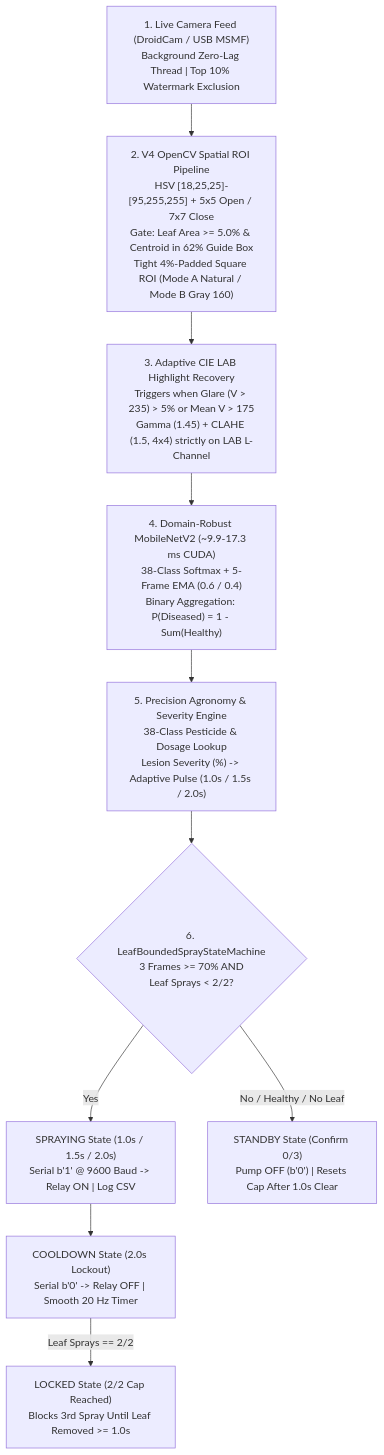
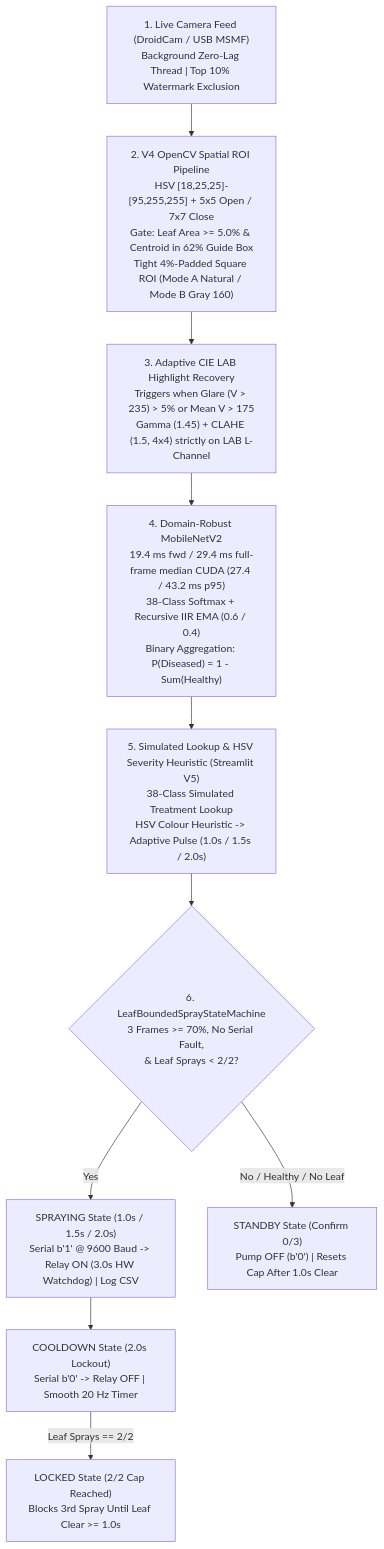
One commit to Navnith-7/intelligent-pesticide-sprinkling-system changed the diagram in README.md. Above: the diagram before and after it, drawn with Mermaid. The commit also changed other lines of this file and 14 other files, not shown here.

Commit message:
audit(v5): add Stage-3 held-out test & CUDA latency benchmarks, Arduino 3s watchdog, serial fault guard, and verified README

````diff
--- a/README.md
+++ b/README.md
@@ -56,12 +56,12 @@
 ```mermaid
 flowchart TD
     A["1. Live Camera Feed (DroidCam / USB MSMF)<br/>Background Zero-Lag Thread | Top 10% Watermark Exclusion"] --> B["2. V4 OpenCV Spatial ROI Pipeline<br/>HSV [18,25,25]-[95,255,255] + 5x5 Open / 7x7 Close<br/>Gate: Leaf Area >= 5.0% & Centroid in 62% Guide Box<br/>Tight 4%-Padded Square ROI (Mode A Natural / Mode B Gray 160)"]
     B --> C["3. Adaptive CIE LAB Highlight Recovery<br/>Triggers when Glare (V > 235) > 5% or Mean V > 175<br/>Gamma (1.45) + CLAHE (1.5, 4x4) strictly on LAB L-Channel"]
-    C --> D["4. Domain-Robust MobileNetV2 (~9.9-17.3 ms CUDA)<br/>38-Class Softmax + 5-Frame EMA (0.6 / 0.4)<br/>Binary Aggregation: P(Diseased) = 1 - Sum(Healthy)"]
-    D --> E["5. Precision Agronomy & Severity Engine<br/>38-Class Pesticide & Dosage Lookup<br/>Lesion Severity (%) -> Adaptive Pulse (1.0s / 1.5s / 2.0s)"]
-    E --> F{"6. LeafBoundedSprayStateMachine<br/>3 Frames >= 70% AND<br/>Leaf Sprays < 2/2?"}
-    F -- "Yes" --> G["SPRAYING State (1.0s / 1.5s / 2.0s)<br/>Serial b'1' @ 9600 Baud -> Relay ON | Log CSV"]
+    C --> D["4. Domain-Robust MobileNetV2<br/>19.4 ms fwd / 29.4 ms full-frame median CUDA (27.4 / 43.2 ms p95)<br/>38-Class Softmax + Recursive IIR EMA (0.6 / 0.4)<br/>Binary Aggregation: P(Diseased) = 1 - Sum(Healthy)"]
+    D --> E["5. Simulated Lookup & HSV Severity Heuristic (Streamlit V5)<br/>38-Class Simulated Treatment Lookup<br/>HSV Colour Heuristic -> Adaptive Pulse (1.0s / 1.5s / 2.0s)"]
+    E --> F{"6. LeafBoundedSprayStateMachine<br/>3 Frames >= 70%, No Serial Fault,<br/>& Leaf Sprays < 2/2?"}
+    F -- "Yes" --> G["SPRAYING State (1.0s / 1.5s / 2.0s)<br/>Serial b'1' @ 9600 Baud -> Relay ON (3.0s HW Watchdog) | Log CSV"]
     G --> H["COOLDOWN State (2.0s Lockout)<br/>Serial b'0' -> Relay OFF | Smooth 20 Hz Timer"]
-    H -- "Leaf Sprays == 2/2" --> I["LOCKED State (2/2 Cap Reached)<br/>Blocks 3rd Spray Until Leaf Removed >= 1.0s"]
+    H -- "Leaf Sprays == 2/2" --> I["LOCKED State (2/2 Cap Reached)<br/>Blocks 3rd Spray Until Leaf Clear >= 1.0s"]
     F -- "No / Healthy / No Leaf" --> J["STANDBY State (Confirm 0/3)<br/>Pump OFF (b'0') | Resets Cap After 1.0s Clear"]
 ```
````
